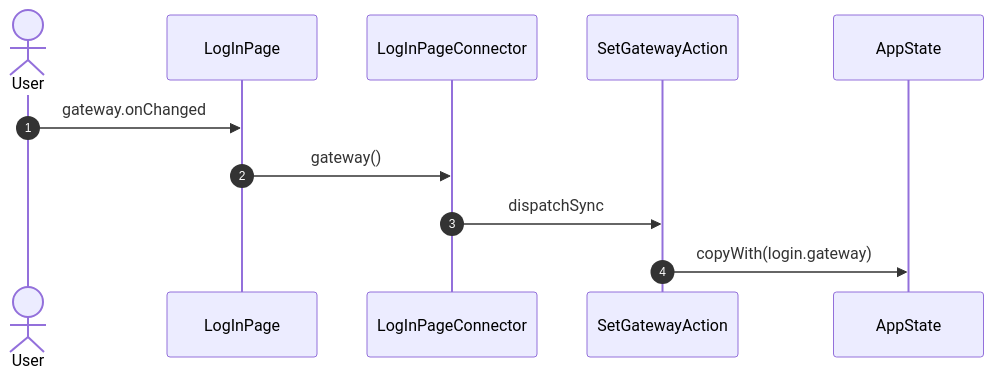
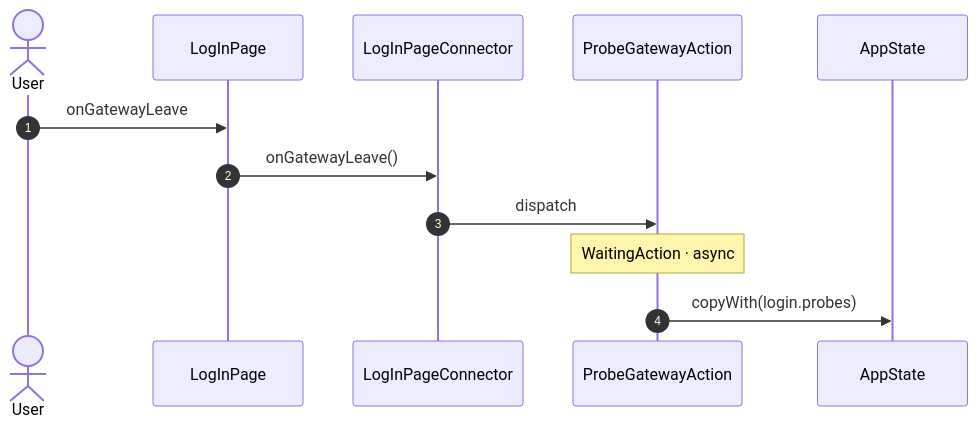
Before and after one commit to gencto/wyrm: the third of 19 diagrams in studio/docs/flows/logIn.md, drawn with Mermaid. The commit also changed other lines of this file and 90 other files, not shown here.

````diff
--- a/studio/docs/flows/logIn.md
+++ b/studio/docs/flows/logIn.md
@@ -9,14 +67,15 @@
 ```mermaid
 sequenceDiagram
     autonumber
     actor User
     participant UI as LogInPage
     participant VM as LogInPageConnector
-    participant A1 as SetGatewayAction
+    participant A1 as ProbeGatewayAction
     participant ST as AppState
 
-    User->>UI: gateway.onChanged
-    UI->>VM: gateway()
-    VM->>A1: dispatchSync
-    A1->>ST: copyWith(login.gateway)
+    User->>UI: onGatewayLeave
+    UI->>VM: onGatewayLeave()
+    VM->>A1: dispatch
+    Note over A1: WaitingAction · async
+    A1->>ST: copyWith(login.probes)
 ```
````
